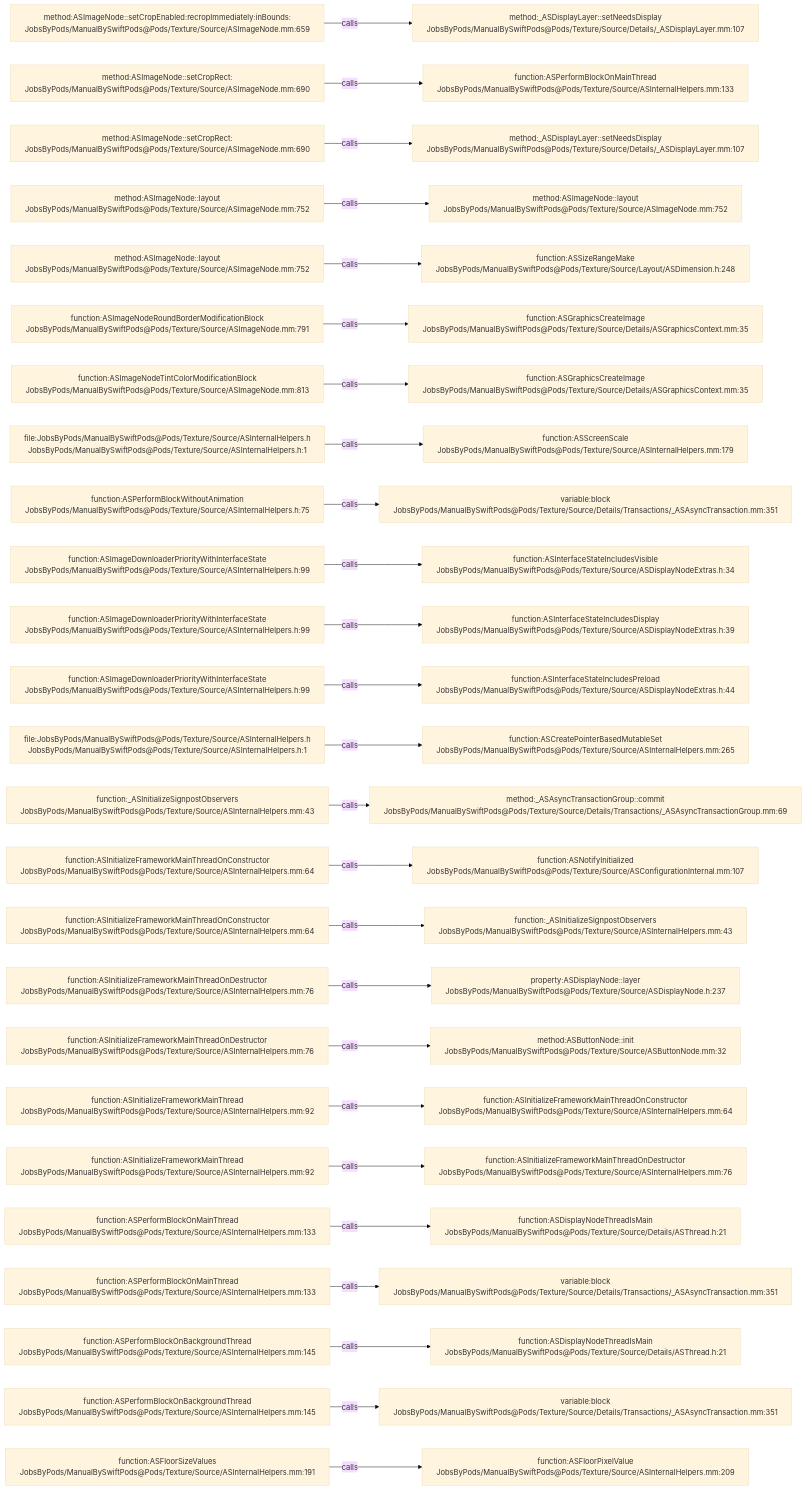
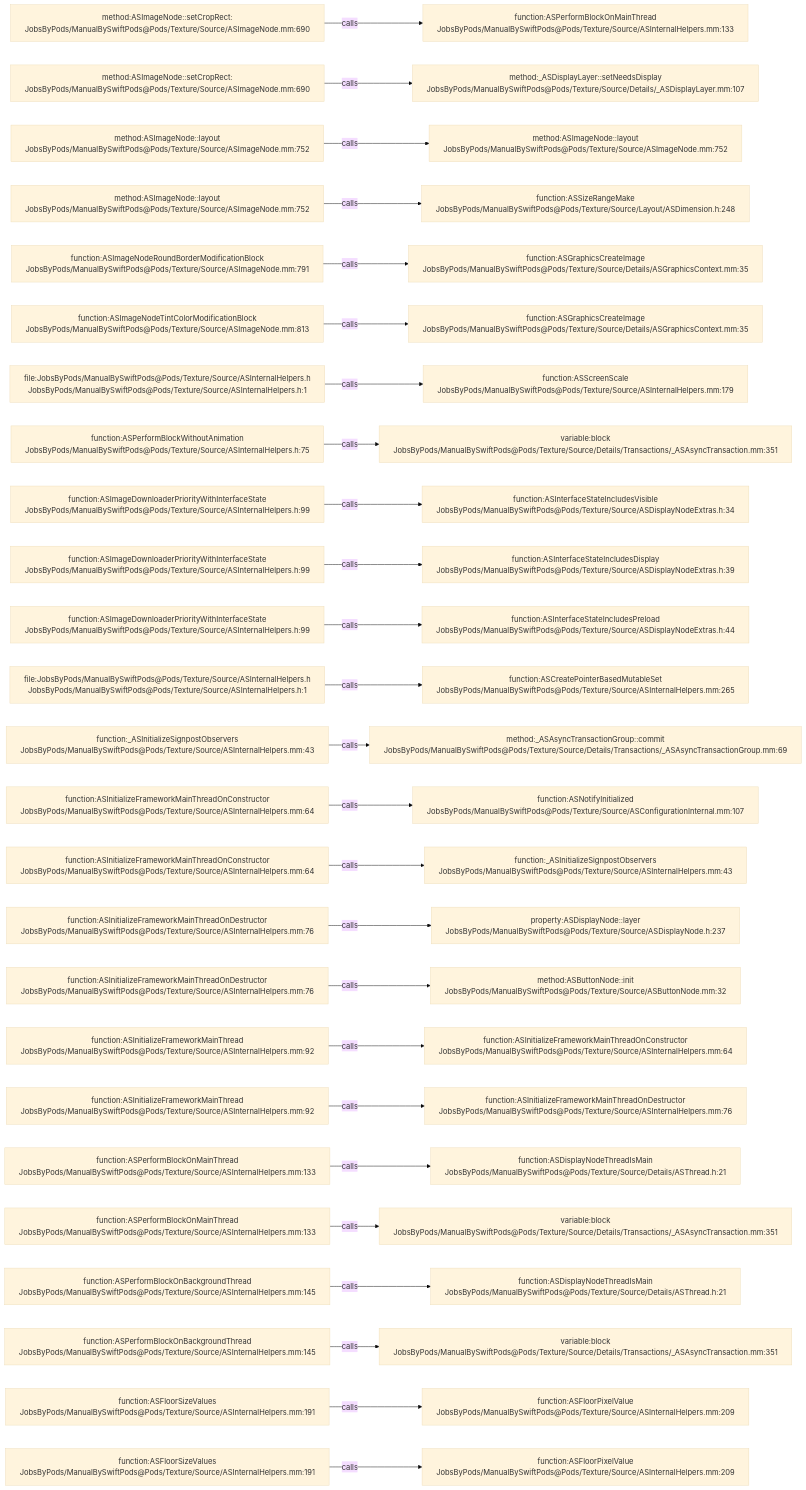
Before and after one commit to JobsKits/JobsSwiftBaseConfigDemo: the diagram in .codegraph/codegraph.md/graphs/calls-043.md, drawn with Mermaid (base theme). The commit also changed 747 other files, not shown here.

````diff
--- a/.codegraph/codegraph.md/graphs/calls-043.md
+++ b/.codegraph/codegraph.md/graphs/calls-043.md
@@ -13,78 +13,78 @@
 ```mermaid
 flowchart LR
-  S1["method:ASImageNode::setCropEnabled:recropImmediately:inBounds:<br/>JobsByPods/ManualBySwiftPods@Pods/Texture/Source/ASImageNode.mm:659"]
-  T1["method:_ASDisplayLayer::setNeedsDisplay<br/>JobsByPods/ManualBySwiftPods@Pods/Texture/Source/Details/_ASDisplayLayer.mm:107"]
+  S1["method:ASImageNode::setCropRect:<br/>JobsByPods/ManualBySwiftPods@Pods/Texture/Source/ASImageNode.mm:690"]
+  T1["function:ASPerformBlockOnMainThread<br/>JobsByPods/ManualBySwiftPods@Pods/Texture/Source/ASInternalHelpers.mm:133"]
   S1 -->|calls| T1
   S2["method:ASImageNode::setCropRect:<br/>JobsByPods/ManualBySwiftPods@Pods/Texture/Source/ASImageNode.mm:690"]
-  T2["function:ASPerformBlockOnMainThread<br/>JobsByPods/ManualBySwiftPods@Pods/Texture/Source/ASInternalHelpers.mm:133"]
+  T2["method:_ASDisplayLayer::setNeedsDisplay<br/>JobsByPods/ManualBySwiftPods@Pods/Texture/Source/Details/_ASDisplayLayer.mm:107"]
   S2 -->|calls| T2
-  S3["method:ASImageNode::setCropRect:<br/>JobsByPods/ManualBySwiftPods@Pods/Texture/Source/ASImageNode.mm:690"]
-  T3["method:_ASDisplayLayer::setNeedsDisplay<br/>JobsByPods/ManualBySwiftPods@Pods/Texture/Source/Details/_ASDisplayLayer.mm:107"]
+  S3["method:ASImageNode::layout<br/>JobsByPods/ManualBySwiftPods@Pods/Texture/Source/ASImageNode.mm:752"]
+  T3["method:ASImageNode::layout<br/>JobsByPods/ManualBySwiftPods@Pods/Texture/Source/ASImageNode.mm:752"]
   S3 -->|calls| T3
   S4["method:ASImageNode::layout<br/>JobsByPods/ManualBySwiftPods@Pods/Texture/Source/ASImageNode.mm:752"]
-  T4["method:ASImageNode::layout<br/>JobsByPods/ManualBySwiftPods@Pods/Texture/Source/ASImageNode.mm:752"]
+  T4["function:ASSizeRangeMake<br/>JobsByPods/ManualBySwiftPods@Pods/Texture/Source/Layout/ASDimension.h:248"]
   S4 -->|calls| T4
-  S5["method:ASImageNode::layout<br/>JobsByPods/ManualBySwiftPods@Pods/Texture/Source/ASImageNode.mm:752"]
-  T5["function:ASSizeRangeMake<br/>JobsByPods/ManualBySwiftPods@Pods/Texture/Source/Layout/ASDimension.h:248"]
+  S5["function:ASImageNodeRoundBorderModificationBlock<br/>JobsByPods/ManualBySwiftPods@Pods/Texture/Source/ASImageNode.mm:791"]
+  T5["function:ASGraphicsCreateImage<br/>JobsByPods/ManualBySwiftPods@Pods/Texture/Source/Details/ASGraphicsContext.mm:35"]
   S5 -->|calls| T5
-  S6["function:ASImageNodeRoundBorderModificationBlock<br/>JobsByPods/ManualBySwiftPods@Pods/Texture/Source/ASImageNode.mm:791"]
+  S6["function:ASImageNodeTintColorModificationBlock<br/>JobsByPods/ManualBySwiftPods@Pods/Texture/Source/ASImageNode.mm:813"]
   T6["function:ASGraphicsCreateImage<br/>JobsByPods/ManualBySwiftPods@Pods/Texture/Source/Details/ASGraphicsContext.mm:35"]
   S6 -->|calls| T6
-  S7["function:ASImageNodeTintColorModificationBlock<br/>JobsByPods/ManualBySwiftPods@Pods/Texture/Source/ASImageNode.mm:813"]
-  T7["function:ASGraphicsCreateImage<br/>JobsByPods/ManualBySwiftPods@Pods/Texture/Source/Details/ASGraphicsContext.mm:35"]
+  S7["file:JobsByPods/ManualBySwiftPods@Pods/Texture/Source/ASInternalHelpers.h<br/>JobsByPods/ManualBySwiftPods@Pods/Texture/Source/ASInternalHelpers.h:1"]
+  T7["function:ASScreenScale<br/>JobsByPods/ManualBySwiftPods@Pods/Texture/Source/ASInternalHelpers.mm:179"]
   S7 -->|calls| T7
-  S8["file:JobsByPods/ManualBySwiftPods@Pods/Texture/Source/ASInternalHelpers.h<br/>JobsByPods/ManualBySwiftPods@Pods/Texture/Source/ASInternalHelpers.h:1"]
-  T8["function:ASScreenScale<br/>JobsByPods/ManualBySwiftPods@Pods/Texture/Source/ASInternalHelpers.mm:179"]
+  S8["function:ASPerformBlockWithoutAnimation<br/>JobsByPods/ManualBySwiftPods@Pods/Texture/Source/ASInternalHelpers.h:75"]
+  T8["variable:block<br/>JobsByPods/ManualBySwiftPods@Pods/Texture/Source/Details/Transactions/_ASAsyncTransaction.mm:351"]
   S8 -->|calls| T8
-  S9["function:ASPerformBlockWithoutAnimation<br/>JobsByPods/ManualBySwiftPods@Pods/Texture/Source/ASInternalHelpers.h:75"]
-  T9["variable:block<br/>JobsByPods/ManualBySwiftPods@Pods/Texture/Source/Details/Transactions/_ASAsyncTransaction.mm:351"]
+  S9["function:ASImageDownloaderPriorityWithInterfaceState<br/>JobsByPods/ManualBySwiftPods@Pods/Texture/Source/ASInternalHelpers.h:99"]
+  T9["function:ASInterfaceStateIncludesVisible<br/>JobsByPods/ManualBySwiftPods@Pods/Texture/Source/ASDisplayNodeExtras.h:34"]
   S9 -->|calls| T9
   S10["function:ASImageDownloaderPriorityWithInterfaceState<br/>JobsByPods/ManualBySwiftPods@Pods/Texture/Source/ASInternalHelpers.h:99"]
-  T10["function:ASInterfaceStateIncludesVisible<br/>JobsByPods/ManualBySwiftPods@Pods/Texture/Source/ASDisplayNodeExtras.h:34"]
+  T10["function:ASInterfaceStateIncludesDisplay<br/>JobsByPods/ManualBySwiftPods@Pods/Texture/Source/ASDisplayNodeExtras.h:39"]
   S10 -->|calls| T10
   S11["function:ASImageDownloaderPriorityWithInterfaceState<br/>JobsByPods/ManualBySwiftPods@Pods/Texture/Source/ASInternalHelpers.h:99"]
-  T11["function:ASInterfaceStateIncludesDisplay<br/>JobsByPods/ManualBySwiftPods@Pods/Texture/Source/ASDisplayNodeExtras.h:39"]
+  T11["function:ASInterfaceStateIncludesPreload<br/>JobsByPods/ManualBySwiftPods@Pods/Texture/Source/ASDisplayNodeExtras.h:44"]
   S11 -->|calls| T11
-  S12["function:ASImageDownloaderPriorityWithInterfaceState<br/>JobsByPods/ManualBySwiftPods@Pods/Texture/Source/ASInternalHelpers.h:99"]
-  T12["function:ASInterfaceStateIncludesPreload<br/>JobsByPods/ManualBySwiftPods@Pods/Texture/Source/ASDisplayNodeExtras.h:44"]
+  S12["file:JobsByPods/ManualBySwiftPods@Pods/Texture/Source/ASInternalHelpers.h<br/>JobsByPods/ManualBySwiftPods@Pods/Texture/Source/ASInternalHelpers.h:1"]
+  T12["function:ASCreatePointerBasedMutableSet<br/>JobsByPods/ManualBySwiftPods@Pods/Texture/Source/ASInternalHelpers.mm:265"]
   S12 -->|calls| T12
-  S13["file:JobsByPods/ManualBySwiftPods@Pods/Texture/Source/ASInternalHelpers.h<br/>JobsByPods/ManualBySwiftPods@Pods/Texture/Source/ASInternalHelpers.h:1"]
-  T13["function:ASCreatePointerBasedMutableSet<br/>JobsByPods/ManualBySwiftPods@Pods/Texture/Source/ASInternalHelpers.mm:265"]
+  S13["function:_ASInitializeSignpostObservers<br/>JobsByPods/ManualBySwiftPods@Pods/Texture/Source/ASInternalHelpers.mm:43"]
+  T13["method:_ASAsyncTransactionGroup::commit<br/>JobsByPods/ManualBySwiftPods@Pods/Texture/Source/Details/Transactions/_ASAsyncTransactionGroup.mm:69"]
   S13 -->|calls| T13
-  S14["function:_ASInitializeSignpostObservers<br/>JobsByPods/ManualBySwiftPods@Pods/Texture/Source/ASInternalHelpers.mm:43"]
-  T14["method:_ASAsyncTransactionGroup::commit<br/>JobsByPods/ManualBySwiftPods@Pods/Texture/Source/Details/Transactions/_ASAsyncTransactionGroup.mm:69"]
+  S14["function:ASInitializeFrameworkMainThreadOnConstructor<br/>JobsByPods/ManualBySwiftPods@Pods/Texture/Source/ASInternalHelpers.mm:64"]
+  T14["function:ASNotifyInitialized<br/>JobsByPods/ManualBySwiftPods@Pods/Texture/Source/ASConfigurationInternal.mm:107"]
   S14 -->|calls| T14
   S15["function:ASInitializeFrameworkMainThreadOnConstructor<br/>JobsByPods/ManualBySwiftPods@Pods/Texture/Source/ASInternalHelpers.mm:64"]
-  T15["function:ASNotifyInitialized<br/>JobsByPods/ManualBySwiftPods@Pods/Texture/Source/ASConfigurationInternal.mm:107"]
+  T15["function:_ASInitializeSignpostObservers<br/>JobsByPods/ManualBySwiftPods@Pods/Texture/Source/ASInternalHelpers.mm:43"]
   S15 -->|calls| T15
-  S16["function:ASInitializeFrameworkMainThreadOnConstructor<br/>JobsByPods/ManualBySwiftPods@Pods/Texture/Source/ASInternalHelpers.mm:64"]
-  T16["function:_ASInitializeSignpostObservers<br/>JobsByPods/ManualBySwiftPods@Pods/Texture/Source/ASInternalHelpers.mm:43"]
+  S16["function:ASInitializeFrameworkMainThreadOnDestructor<br/>JobsByPods/ManualBySwiftPods@Pods/Texture/Source/ASInternalHelpers.mm:76"]
+  T16["property:ASDisplayNode::layer<br/>JobsByPods/ManualBySwiftPods@Pods/Texture/Source/ASDisplayNode.h:237"]
   S16 -->|calls| T16
   S17["function:ASInitializeFrameworkMainThreadOnDestructor<br/>JobsByPods/ManualBySwiftPods@Pods/Texture/Source/ASInternalHelpers.mm:76"]
-  T17["property:ASDisplayNode::layer<br/>JobsByPods/ManualBySwiftPods@Pods/Texture/Source/ASDisplayNode.h:237"]
+  T17["method:ASButtonNode::init<br/>JobsByPods/ManualBySwiftPods@Pods/Texture/Source/ASButtonNode.mm:32"]
   S17 -->|calls| T17
-  S18["function:ASInitializeFrameworkMainThreadOnDestructor<br/>JobsByPods/ManualBySwiftPods@Pods/Texture/Source/ASInternalHelpers.mm:76"]
-  T18["method:ASButtonNode::init<br/>JobsByPods/ManualBySwiftPods@Pods/Texture/Source/ASButtonNode.mm:32"]
+  S18["function:ASInitializeFrameworkMainThread<br/>JobsByPods/ManualBySwiftPods@Pods/Texture/Source/ASInternalHelpers.mm:92"]
+  T18["function:ASInitializeFrameworkMainThreadOnConstructor<br/>JobsByPods/ManualBySwiftPods@Pods/Texture/Source/ASInternalHelpers.mm:64"]
   S18 -->|calls| T18
   S19["function:ASInitializeFrameworkMainThread<br/>JobsByPods/ManualBySwiftPods@Pods/Texture/Source/ASInternalHelpers.mm:92"]
-  T19["function:ASInitializeFrameworkMainThreadOnConstructor<br/>JobsByPods/ManualBySwiftPods@Pods/Texture/Source/ASInternalHelpers.mm:64"]
+  T19["function:ASInitializeFrameworkMainThreadOnDestructor<br/>JobsByPods/ManualBySwiftPods@Pods/Texture/Source/ASInternalHelpers.mm:76"]
   S19 -->|calls| T19
-  S20["function:ASInitializeFrameworkMainThread<br/>JobsByPods/ManualBySwiftPods@Pods/Texture/Source/ASInternalHelpers.mm:92"]
-  T20["function:ASInitializeFrameworkMainThreadOnDestructor<br/>JobsByPods/ManualBySwiftPods@Pods/Texture/Source/ASInternalHelpers.mm:76"]
+  S20["function:ASPerformBlockOnMainThread<br/>JobsByPods/ManualBySwiftPods@Pods/Texture/Source/ASInternalHelpers.mm:133"]
+  T20["function:ASDisplayNodeThreadIsMain<br/>JobsByPods/ManualBySwiftPods@Pods/Texture/Source/Details/ASThread.h:21"]
   S20 -->|calls| T20
   S21["function:ASPerformBlockOnMainThread<br/>JobsByPods/ManualBySwiftPods@Pods/Texture/Source/ASInternalHelpers.mm:133"]
-  T21["function:ASDisplayNodeThreadIsMain<br/>JobsByPods/ManualBySwiftPods@Pods/Texture/Source/Details/ASThread.h:21"]
+  T21["variable:block<br/>JobsByPods/ManualBySwiftPods@Pods/Texture/Source/Details/Transactions/_ASAsyncTransaction.mm:351"]
   S21 -->|calls| T21
-  S22["function:ASPerformBlockOnMainThread<br/>JobsByPods/ManualBySwiftPods@Pods/Texture/Source/ASInternalHelpers.mm:133"]
-  T22["variable:block<br/>JobsByPods/ManualBySwiftPods@Pods/Texture/Source/Details/Transactions/_ASAsyncTransaction.mm:351"]
+  S22["function:ASPerformBlockOnBackgroundThread<br/>JobsByPods/ManualBySwiftPods@Pods/Texture/Source/ASInternalHelpers.mm:145"]
+  T22["function:ASDisplayNodeThreadIsMain<br/>JobsByPods/ManualBySwiftPods@Pods/Texture/Source/Details/ASThread.h:21"]
   S22 -->|calls| T22
   S23["function:ASPerformBlockOnBackgroundThread<br/>JobsByPods/ManualBySwiftPods@Pods/Texture/Source/ASInternalHelpers.mm:145"]
-  T23["function:ASDisplayNodeThreadIsMain<br/>JobsByPods/ManualBySwiftPods@Pods/Texture/Source/Details/ASThread.h:21"]
+  T23["variable:block<br/>JobsByPods/ManualBySwiftPods@Pods/Texture/Source/Details/Transactions/_ASAsyncTransaction.mm:351"]
   S23 -->|calls| T23
-  S24["function:ASPerformBlockOnBackgroundThread<br/>JobsByPods/ManualBySwiftPods@Pods/Texture/Source/ASInternalHelpers.mm:145"]
-  T24["variable:block<br/>JobsByPods/ManualBySwiftPods@Pods/Texture/Source/Details/Transactions/_ASAsyncTransaction.mm:351"]
+  S24["function:ASFloorSizeValues<br/>JobsByPods/ManualBySwiftPods@Pods/Texture/Source/ASInternalHelpers.mm:191"]
+  T24["function:ASFloorPixelValue<br/>JobsByPods/ManualBySwiftPods@Pods/Texture/Source/ASInternalHelpers.mm:209"]
   S24 -->|calls| T24
   S25["function:ASFloorSizeValues<br/>JobsByPods/ManualBySwiftPods@Pods/Texture/Source/ASInternalHelpers.mm:191"]
   T25["function:ASFloorPixelValue<br/>JobsByPods/ManualBySwiftPods@Pods/Texture/Source/ASInternalHelpers.mm:209"]
   S25 -->|calls| T25
 ```
````
